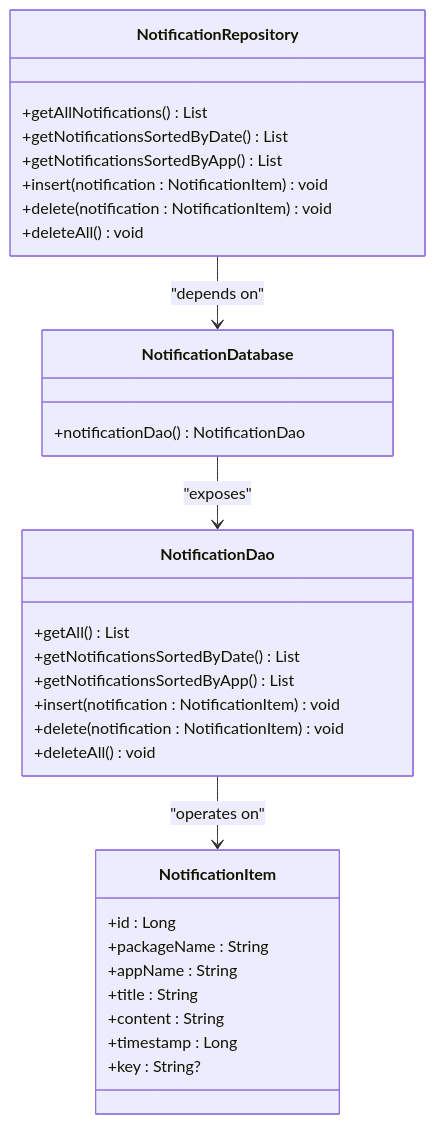
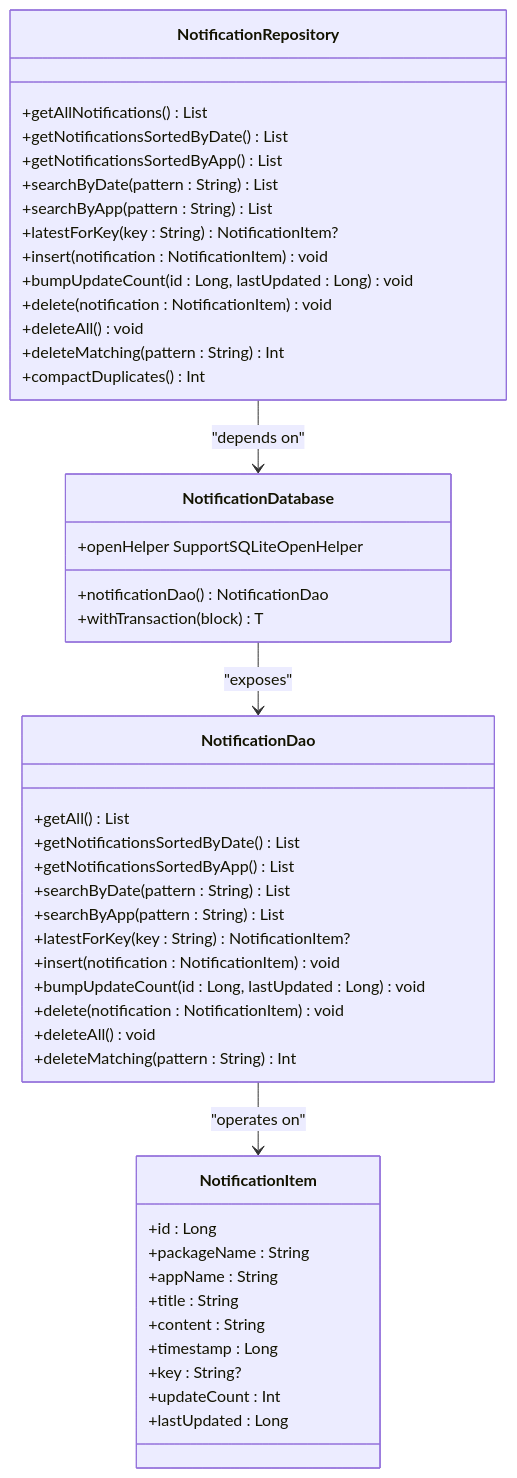
The third of 5 diagrams in .qoder/repowiki/en/content/Data Management/Repository Pattern Implementation.md (caldefoc/NotificationLog), drawn with Mermaid before and after one commit. The commit also changed other lines of this file and 13 other files, not shown here.

````diff
--- a/.qoder/repowiki/en/content/Data Management/Repository Pattern Implementation.md
+++ b/.qoder/repowiki/en/content/Data Management/Repository Pattern Implementation.md
@@ -167,34 +183,49 @@
 ```mermaid
 classDiagram
 class NotificationRepository {
 +getAllNotifications() List<NotificationItem>
 +getNotificationsSortedByDate() List<NotificationItem>
 +getNotificationsSortedByApp() List<NotificationItem>
++searchByDate(pattern : String) List<NotificationItem>
++searchByApp(pattern : String) List<NotificationItem>
++latestForKey(key : String) NotificationItem?
 +insert(notification : NotificationItem) void
++bumpUpdateCount(id : Long, lastUpdated : Long) void
 +delete(notification : NotificationItem) void
 +deleteAll() void
++deleteMatching(pattern : String) Int
++compactDuplicates() Int
 }
 class NotificationDatabase {
 +notificationDao() NotificationDao
++openHelper SupportSQLiteOpenHelper
++withTransaction(block) T
 }
 class NotificationDao {
 +getAll() List<NotificationItem>
 +getNotificationsSortedByDate() List<NotificationItem>
 +getNotificationsSortedByApp() List<NotificationItem>
++searchByDate(pattern : String) List<NotificationItem>
++searchByApp(pattern : String) List<NotificationItem>
++latestForKey(key : String) NotificationItem?
 +insert(notification : NotificationItem) void
++bumpUpdateCount(id : Long, lastUpdated : Long) void
 +delete(notification : NotificationItem) void
 +deleteAll() void
++deleteMatching(pattern : String) Int
 }
 class NotificationItem {
 +id : Long
 +packageName : String
 +appName : String
 +title : String
 +content : String
 +timestamp : Long
 +key : String?
++updateCount : Int
++lastUpdated : Long
 }
 NotificationRepository --> NotificationDatabase : "depends on"
 NotificationDatabase --> NotificationDao : "exposes"
 NotificationDao --> NotificationItem : "operates on"
 ```
````
